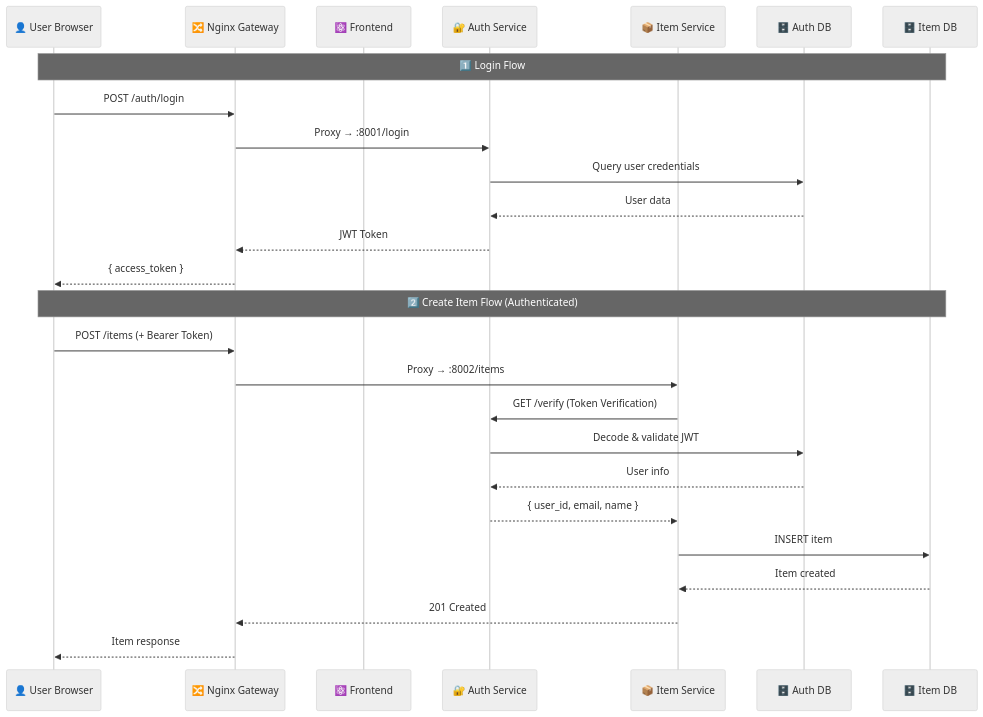
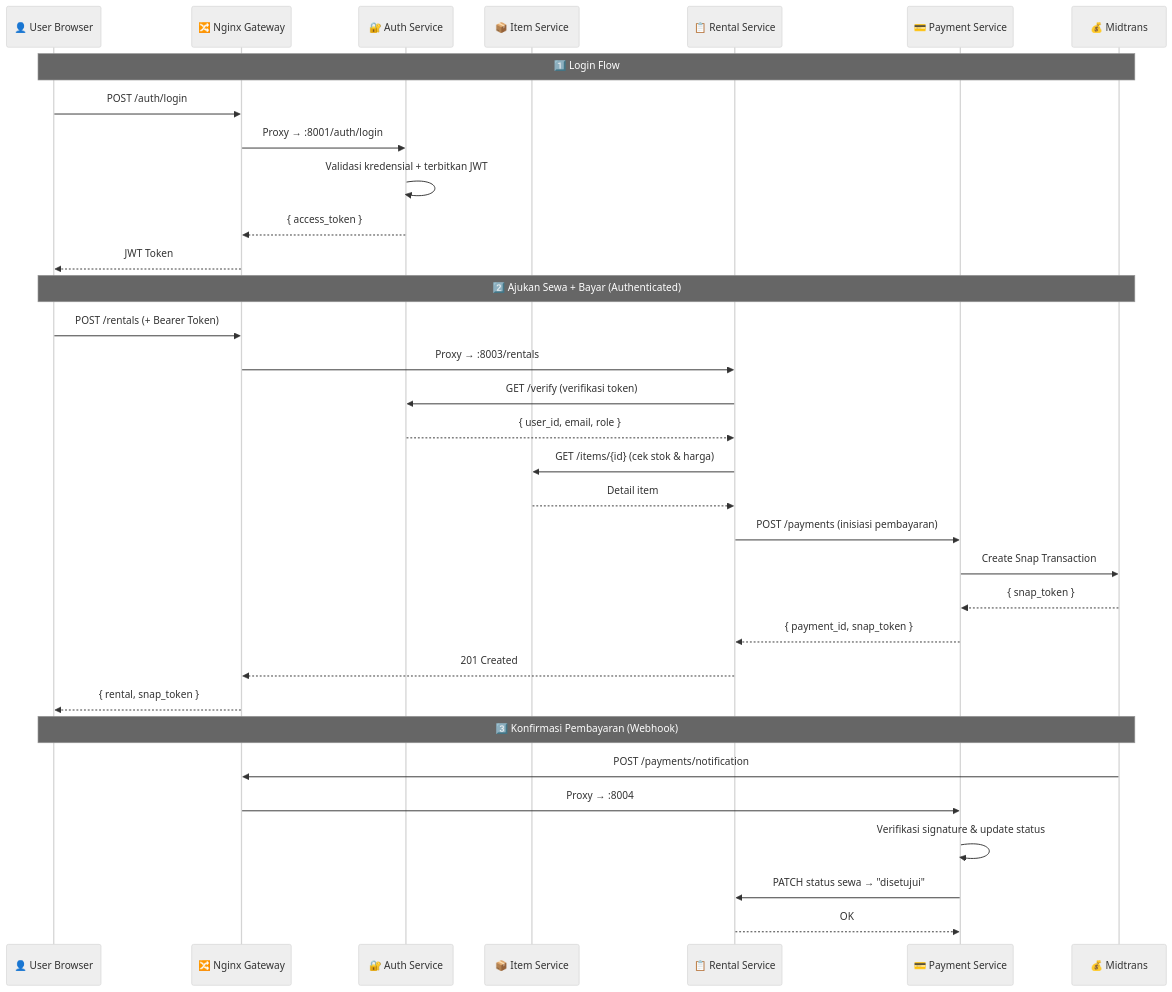
One commit to aidilsaputrakirsan-classroom/cc-kelompok-harahetta-2 changed the second of 4 diagrams in README.md. Above: the diagram before and after it, drawn with Mermaid (neutral theme). The commit also changed other lines of this file, not shown here.

First line of the commit message:
Revise developer profiles and architecture overview

````diff
--- a/README.md
+++ b/README.md
@@ -227,30 +289,38 @@
 ```mermaid
 sequenceDiagram
     participant U as 👤 User Browser
     participant GW as 🔀 Nginx Gateway
-    participant FE as ⚛️ Frontend
     participant Auth as 🔐 Auth Service
     participant Item as 📦 Item Service
-    participant ADB as 🗄️ Auth DB
-    participant IDB as 🗄️ Item DB
+    participant Rental as 📋 Rental Service
+    participant Pay as 💳 Payment Service
+    participant MT as 💰 Midtrans
 
-    Note over U,IDB: 1️⃣ Login Flow
+    Note over U,MT: 1️⃣ Login Flow
     U->>GW: POST /auth/login
-    GW->>Auth: Proxy → :8001/login
-    Auth->>ADB: Query user credentials
-    ADB-->>Auth: User data
-    Auth-->>GW: JWT Token
-    GW-->>U: { access_token }
+    GW->>Auth: Proxy → :8001/auth/login
+    Auth->>Auth: Validasi kredensial + terbitkan JWT
+    Auth-->>GW: { access_token }
+    GW-->>U: JWT Token
 
-    Note over U,IDB: 2️⃣ Create Item Flow (Authenticated)
-    U->>GW: POST /items (+ Bearer Token)
-    GW->>Item: Proxy → :8002/items
-    Item->>Auth: GET /verify (Token Verification)
-    Auth->>ADB: Decode & validate JWT
-    ADB-->>Auth: User info
-    Auth-->>Item: { user_id, email, name }
-    Item->>IDB: INSERT item
-    IDB-->>Item: Item created
-    Item-->>GW: 201 Created
-    GW-->>U: Item response
+    Note over U,MT: 2️⃣ Ajukan Sewa + Bayar (Authenticated)
+    U->>GW: POST /rentals (+ Bearer Token)
+    GW->>Rental: Proxy → :8003/rentals
+    Rental->>Auth: GET /verify (verifikasi token)
+    Auth-->>Rental: { user_id, email, role }
+    Rental->>Item: GET /items/{id} (cek stok & harga)
+    Item-->>Rental: Detail item
+    Rental->>Pay: POST /payments (inisiasi pembayaran)
+    Pay->>MT: Create Snap Transaction
+    MT-->>Pay: { snap_token }
+    Pay-->>Rental: { payment_id, snap_token }
+    Rental-->>GW: 201 Created
+    GW-->>U: { rental, snap_token }
+
+    Note over U,MT: 3️⃣ Konfirmasi Pembayaran (Webhook)
+    MT->>GW: POST /payments/notification
+    GW->>Pay: Proxy → :8004
+    Pay->>Pay: Verifikasi signature & update status
+    Pay->>Rental: PATCH status sewa → "disetujui"
+    Rental-->>Pay: OK
 ```
````
